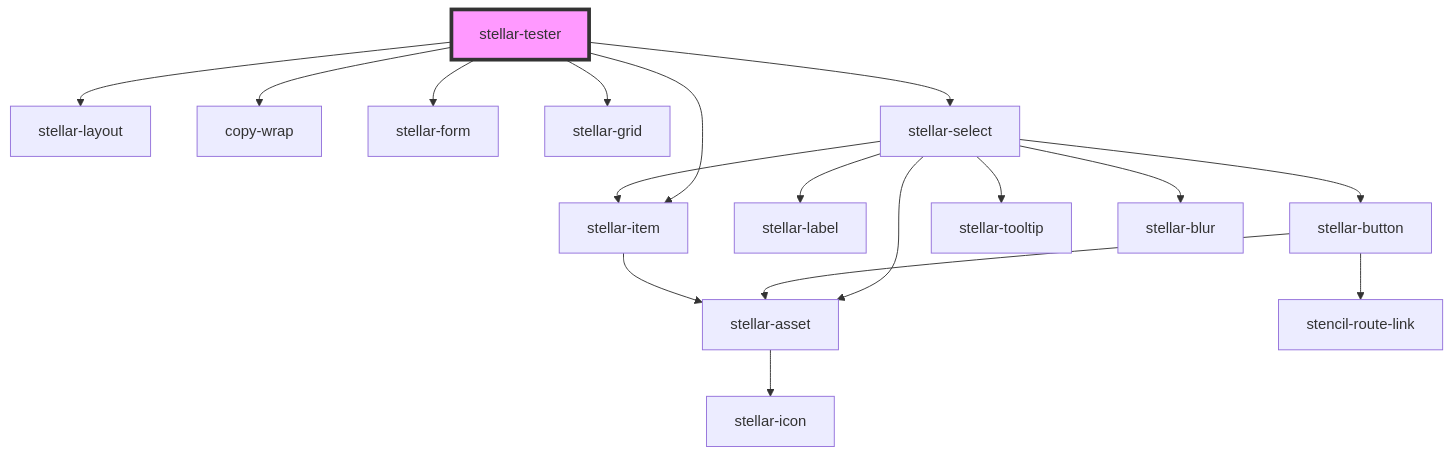
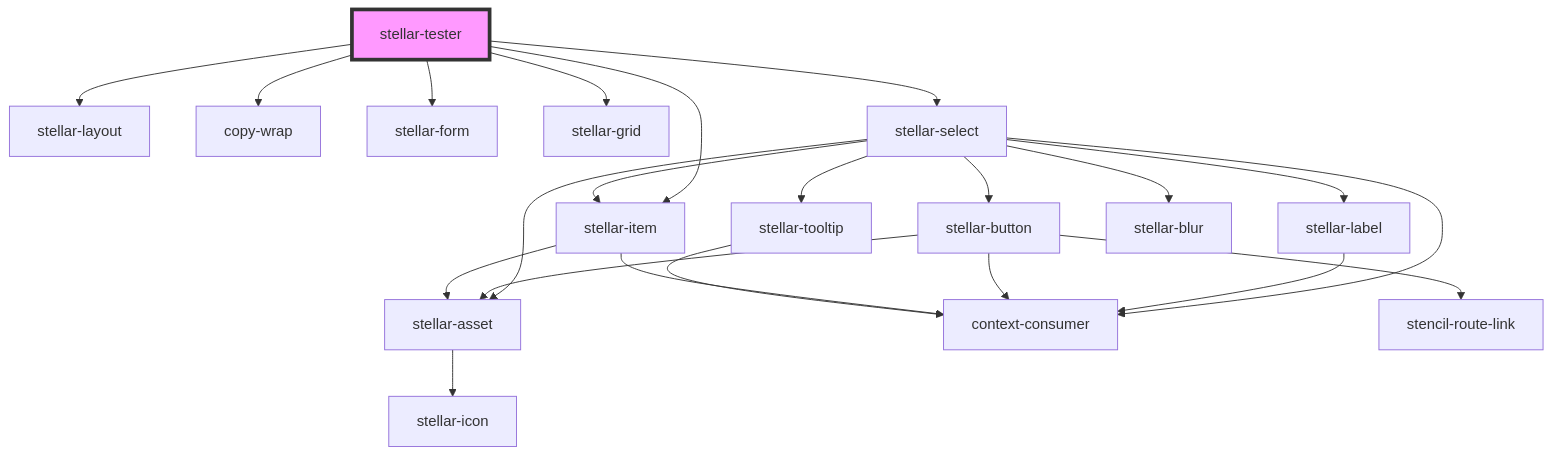
One commit to splitinfinities/Stellar changed the diagram in src/components/tester/readme.md. Above: the diagram before and after it, drawn with Mermaid. The commit also changed 44 other files, not shown here.

````diff
--- a/src/components/tester/readme.md
+++ b/src/components/tester/readme.md
@@ -20,20 +20,25 @@
 ```mermaid
 graph TD;
   stellar-tester --> stellar-layout
   stellar-tester --> copy-wrap
   stellar-tester --> stellar-form
   stellar-tester --> stellar-grid
   stellar-tester --> stellar-select
   stellar-tester --> stellar-item
   stellar-select --> stellar-label
   stellar-select --> stellar-button
   stellar-select --> stellar-asset
   stellar-select --> stellar-item
   stellar-select --> stellar-tooltip
   stellar-select --> stellar-blur
+  stellar-select --> context-consumer
+  stellar-label --> context-consumer
   stellar-button --> stellar-asset
   stellar-button --> stencil-route-link
+  stellar-button --> context-consumer
   stellar-asset --> stellar-icon
   stellar-item --> stellar-asset
+  stellar-item --> context-consumer
+  stellar-tooltip --> context-consumer
   style stellar-tester fill:#f9f,stroke:#333,stroke-width:4px
 ```
````
